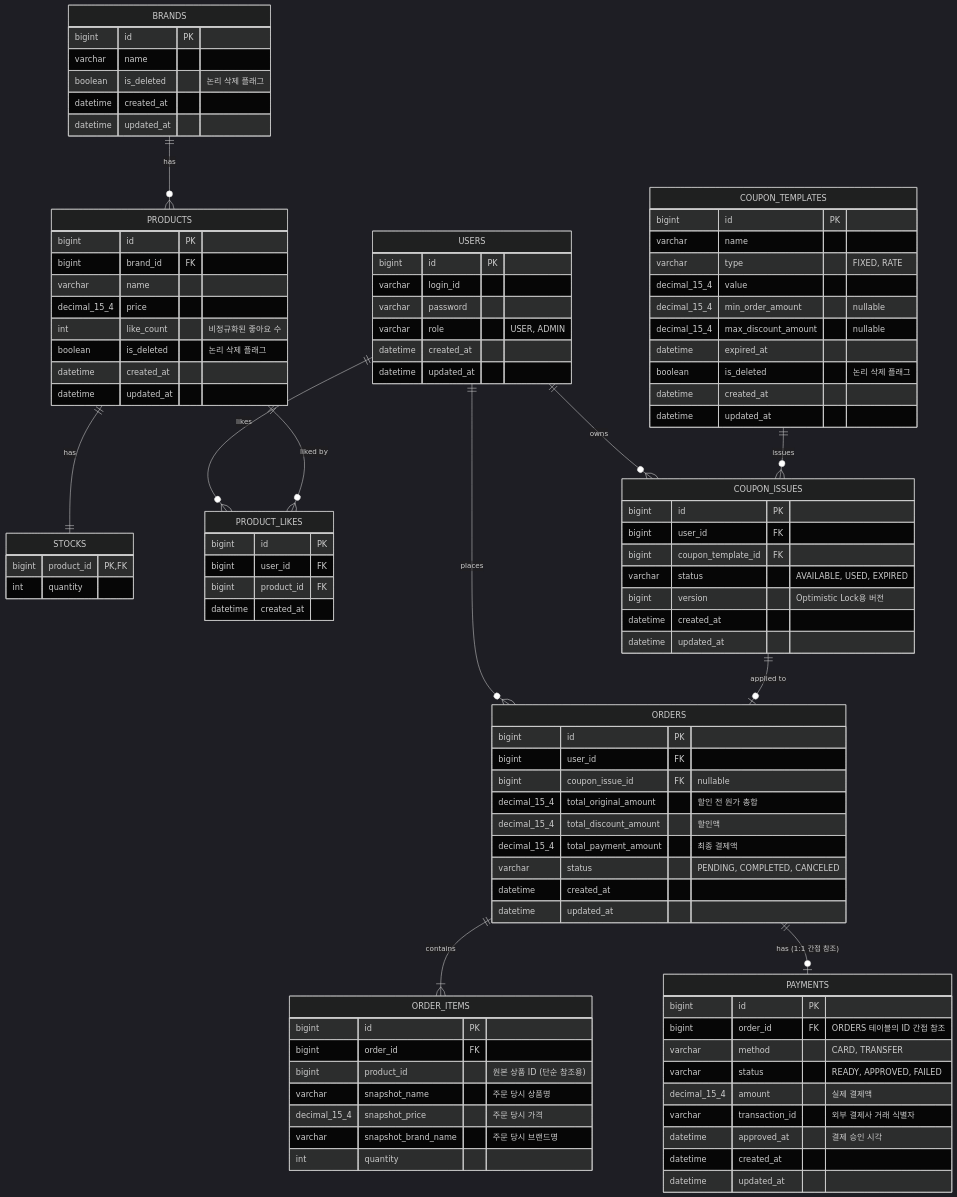
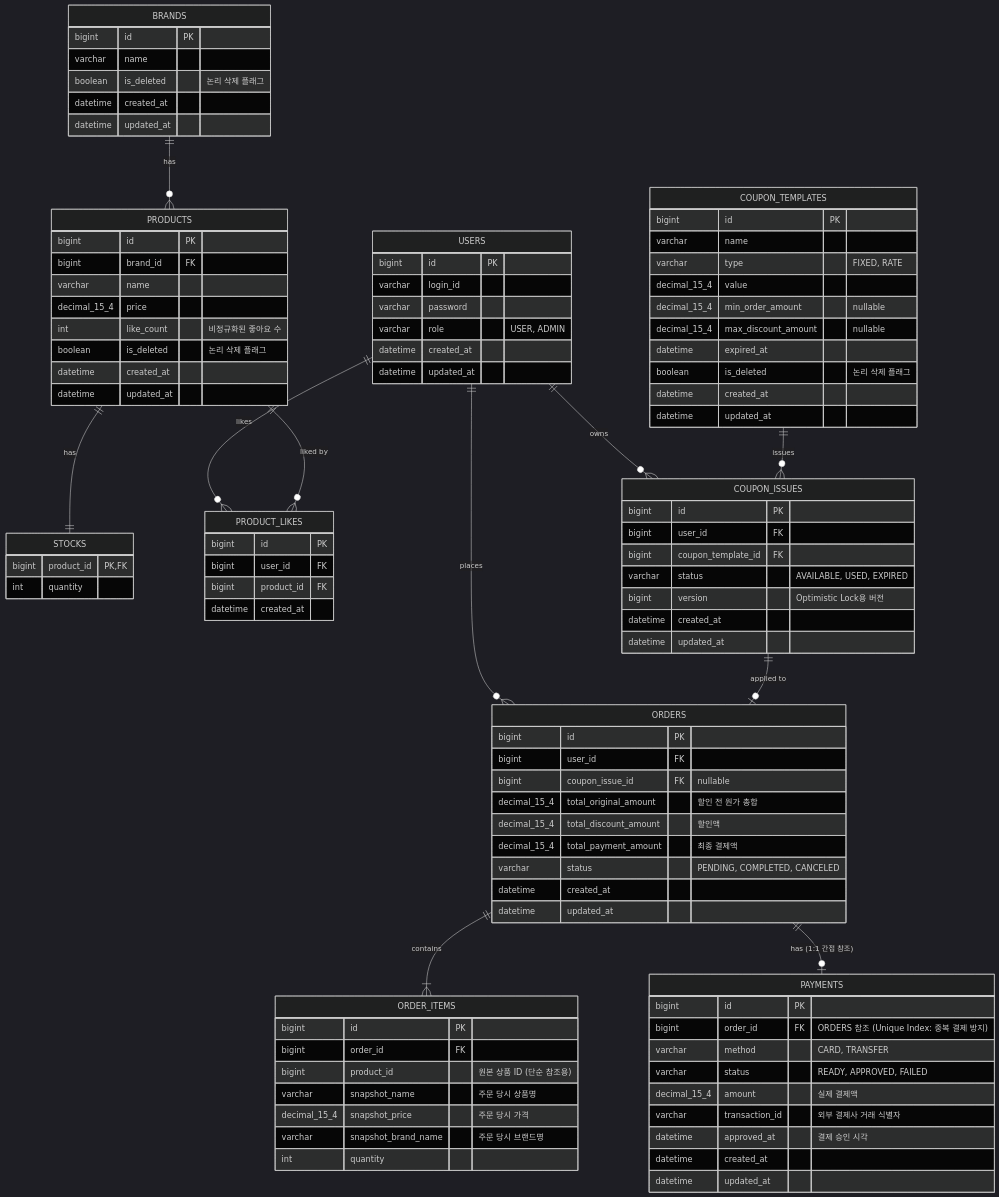
Before and after one commit to loopers-labs/loop-pack-be-l2-vol4-java: the diagram in docs/week2/04-erd.md, drawn with Mermaid (dark theme). The commit also changed 3 other files, not shown here.

```diff
--- a/docs/week2/04-erd.md
+++ b/docs/week2/04-erd.md
@@ -79,7 +79,7 @@
 
     PAYMENTS {
         bigint id PK
-        bigint order_id FK "ORDERS 테이블의 ID 간접 참조"
+        bigint order_id FK "ORDERS 참조 (Unique Index: 중복 결제 방지)"
         varchar method "CARD, TRANSFER"
         varchar status "READY, APPROVED, FAILED"
         decimal_15_4 amount "실제 결제액"
```
